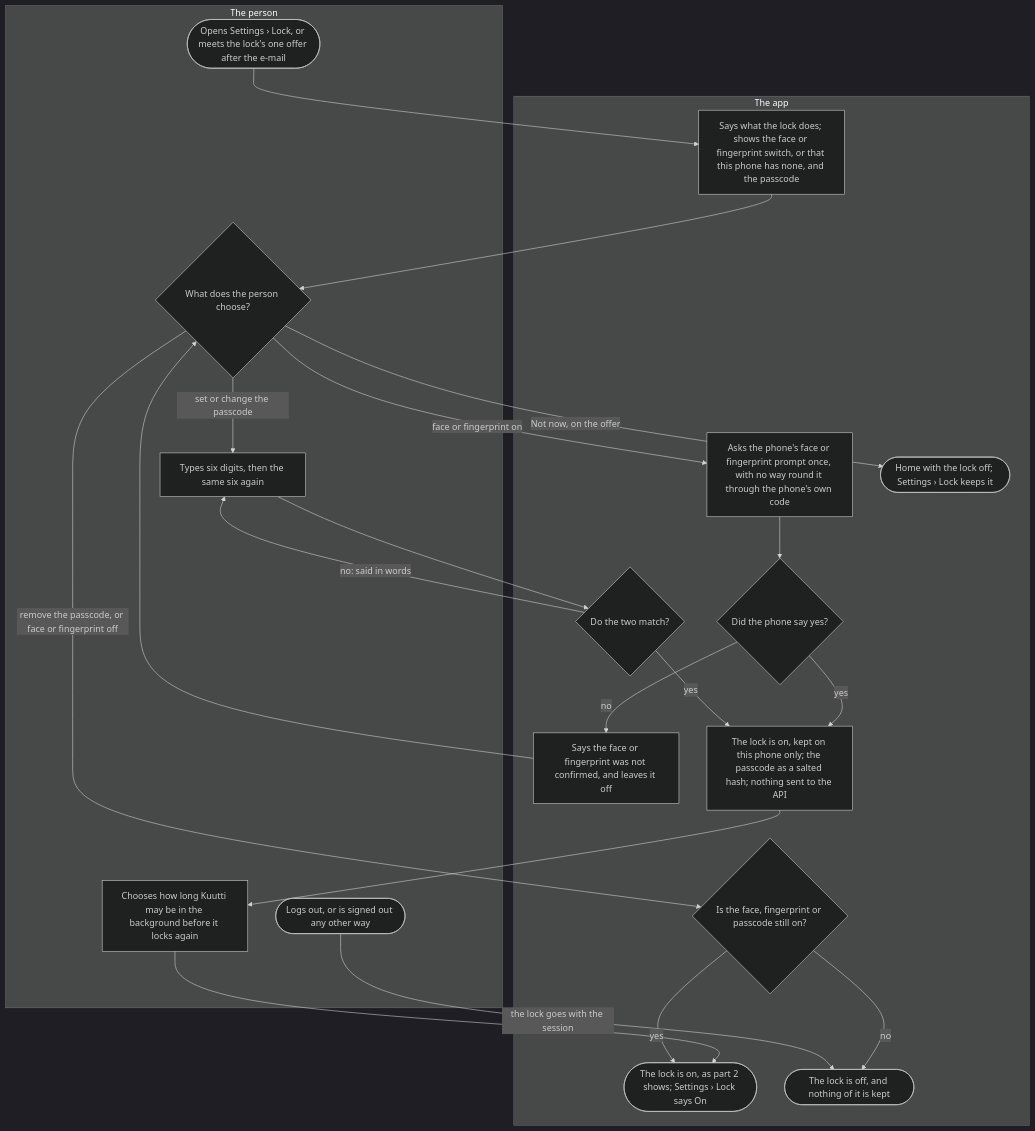
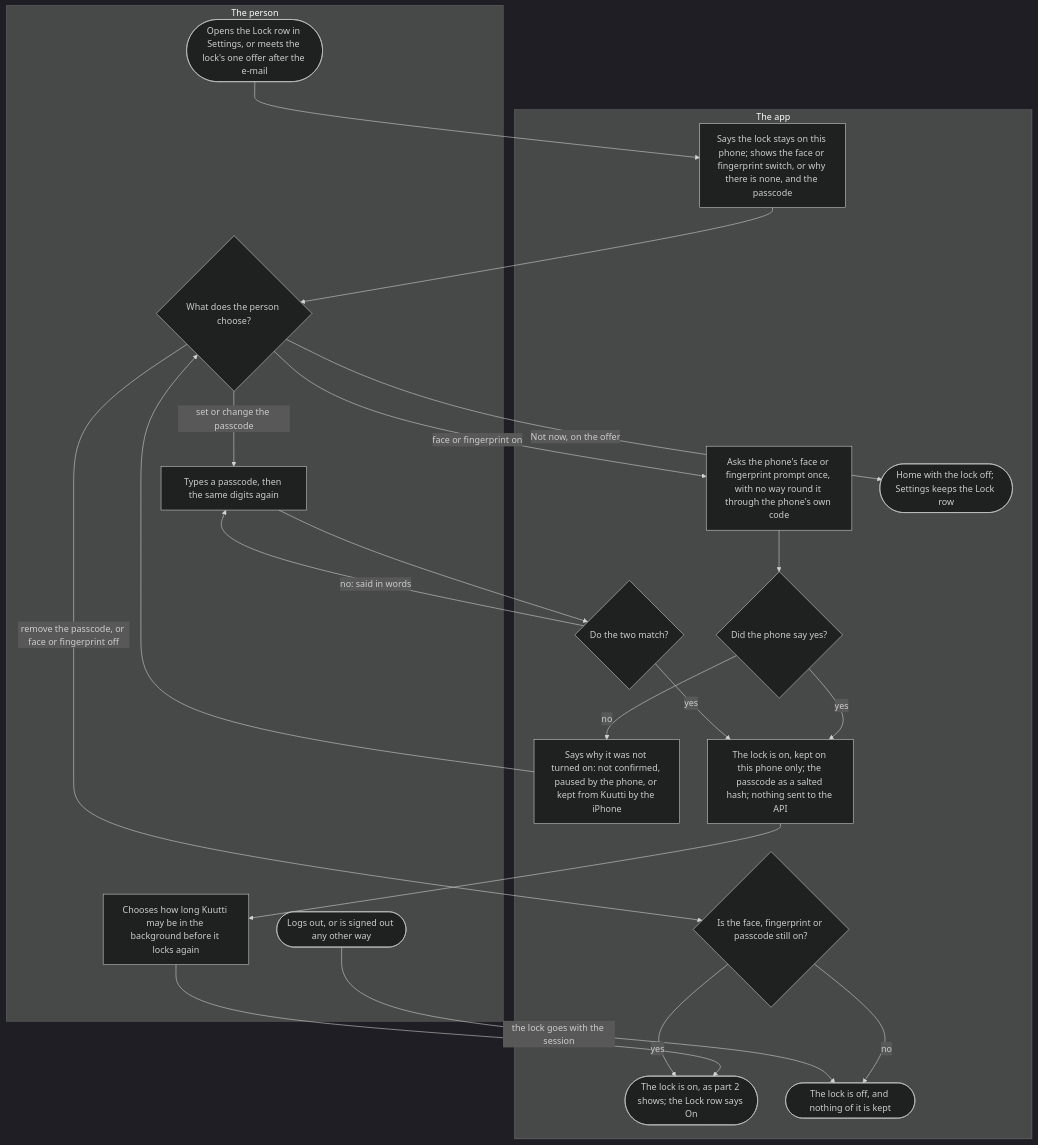
Before and after one commit to kuutti-ry/kuutti-app: the first of 2 diagrams in docs/flows/app-lock.md, drawn with Mermaid (dark theme). The commit also changed other lines of this file and 41 other files, not shown here.

First line of the commit message:
Redraw the user flows against today's main, held by check:docs

````diff
--- a/docs/flows/app-lock.md
+++ b/docs/flows/app-lock.md
@@ -7,42 +24,42 @@
 ```mermaid
 flowchart TB
   accTitle: The app lock, part 1: turning it on and off
-  accDescr: In Settings, Lock, or in its one offer after the e-mail, the person turns on the face or fingerprint, which the phone must confirm once, or sets a passcode of six digits typed twice, and chooses how long Kuutti may be in the background before it locks again. Removing both ways in turns the lock off, and so does any sign-out.
+  accDescr: In the Lock row of Settings, or in its one offer after the e-mail, the person turns on the face or fingerprint, which the phone must confirm once, or sets Kuutti's own passcode, typed twice, and chooses how long Kuutti may be in the background before it locks again. A phone that offers no face or fingerprint, or an iPhone that keeps Face ID from Kuutti, is said so. Removing both ways in turns the lock off, and so does any sign-out.
   subgraph person["The person"]
-    s1(["Opens Settings › Lock, or meets the lock's one offer after the e-mail"])
+    s1(["Opens the Lock row in Settings, or meets the lock's one offer after the e-mail"])
     s3{"What does the person choose?"}
-    s7["Types six digits, then the same six again"]
+    s7["Types a passcode, then the same digits again"]
     s10["Chooses how long Kuutti may be in the background before it locks again"]
     s14(["Logs out, or is signed out any other way"])
   end
   subgraph app["The app"]
-    s2["Says what the lock does; shows the face or fingerprint switch, or that this phone has none, and the passcode"]
+    s2["Says the lock stays on this phone; shows the face or fingerprint switch, or why there is none, and the passcode"]
     s4["Asks the phone's face or fingerprint prompt once, with no way round it through the phone's own code"]
     s5{"Did the phone say yes?"}
-    s6["Says the face or fingerprint was not confirmed, and leaves it off"]
+    s6["Says why it was not turned on: not confirmed, paused by the phone, or kept from Kuutti by the iPhone"]
     s8{"Do the two match?"}
     s9["The lock is on, kept on this phone only; the passcode as a salted hash; nothing sent to the API"]
-    s11(["The lock is on, as part 2 shows; Settings › Lock says On"])
+    s11(["The lock is on, as part 2 shows; the Lock row says On"])
     s12{"Is the face, fingerprint or passcode still on?"}
     s13(["The lock is off, and nothing of it is kept"])
-    s15(["Home with the lock off; Settings › Lock keeps it"])
+    s15(["Home with the lock off; Settings keeps the Lock row"])
   end
   s1 --> s2
   s2 --> s3
   s3 -->|"face or fingerprint on"| s4
   s3 -->|"set or change the passcode"| s7
   s3 -->|"remove the passcode, or face or fingerprint off"| s12
   s3 -->|"Not now, on the offer"| s15
   s4 --> s5
   s5 -->|"yes"| s9
   s5 -->|"no"| s6
   s6 --> s3
   s7 --> s8
   s8 -->|"yes"| s9
   s8 -->|"no: said in words"| s7
   s9 --> s10
   s10 --> s11
   s12 -->|"yes"| s11
   s12 -->|"no"| s13
   s14 -->|"the lock goes with the session"| s13
 ```
````
